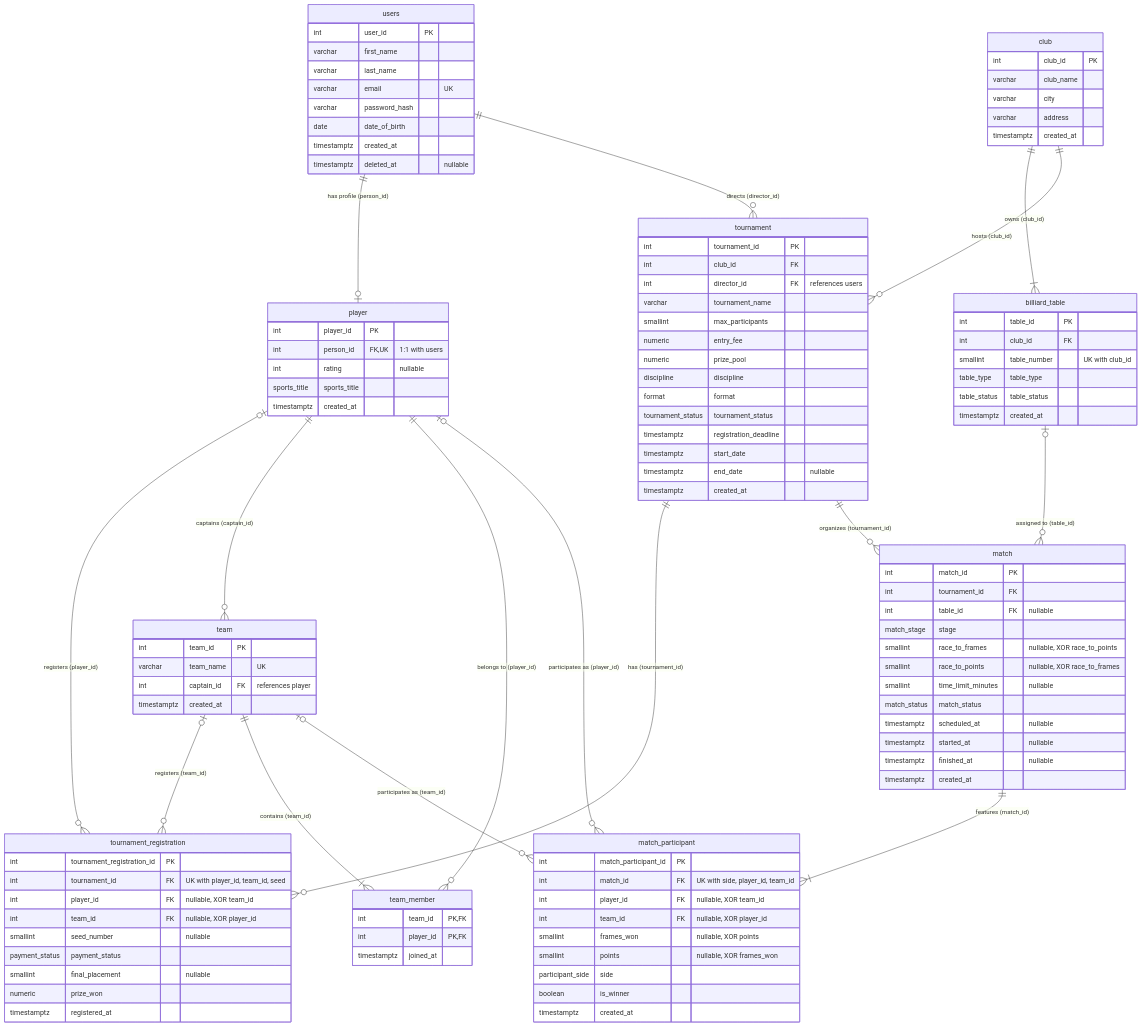
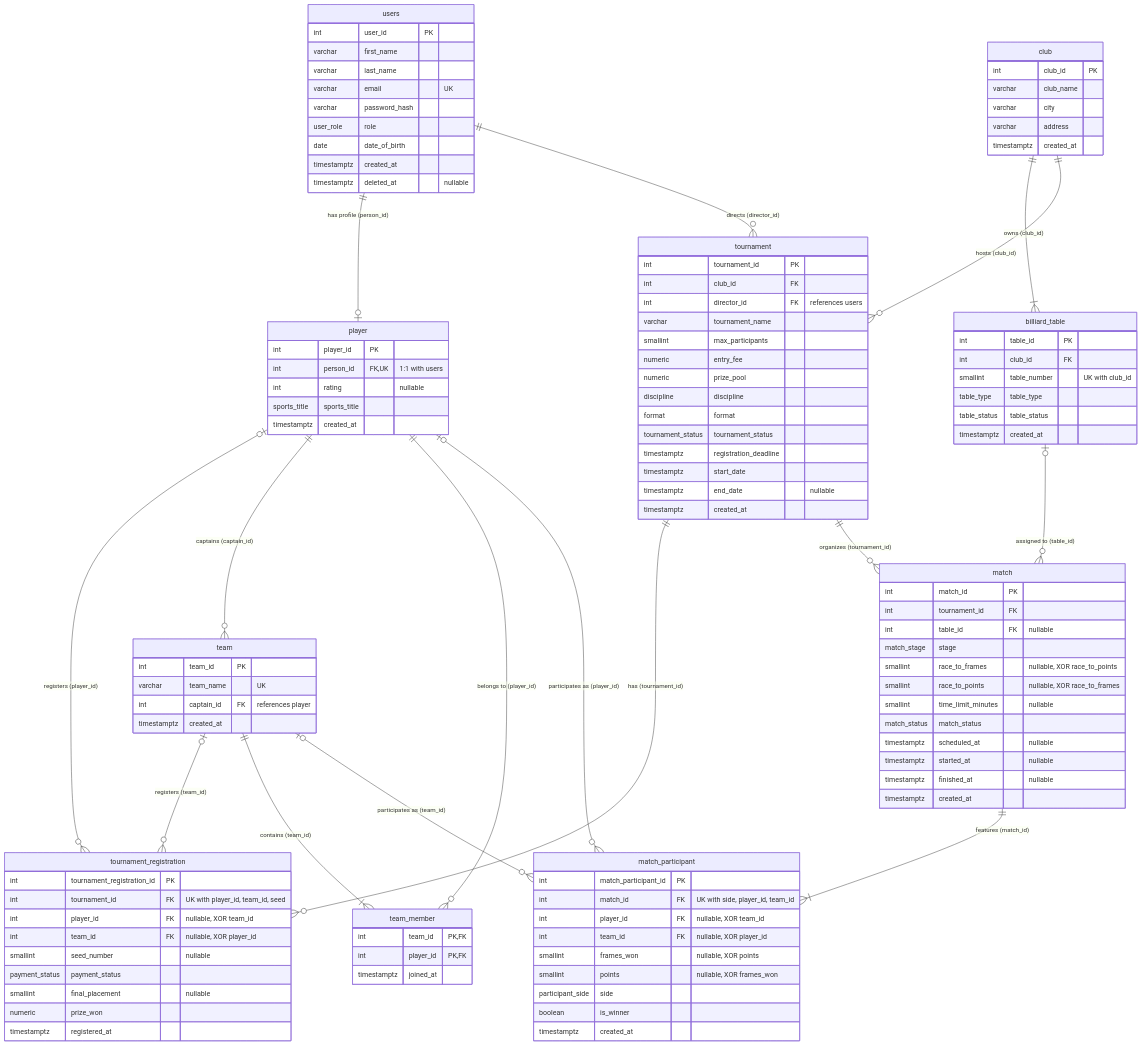
Before and after one commit to prSaveliy/kpi-2: the diagram in lab-01-er/model.mmd, drawn with Mermaid.

Commit message:
model: add role attribute to users in ER diagram

```diff
--- a/lab-01-er/model.mmd
+++ b/lab-01-er/model.mmd
@@ -1,121 +1,122 @@
 erDiagram
     users ||--o| player : "has profile (person_id)"
     users ||--o{ tournament : "directs (director_id)"
     club ||--|{ billiard_table : "owns (club_id)"
     club ||--o{ tournament : "hosts (club_id)"
     tournament ||--o{ tournament_registration : "has (tournament_id)"
     tournament ||--o{ match : "organizes (tournament_id)"
     billiard_table |o--o{ match : "assigned to (table_id)"
     player |o--o{ tournament_registration : "registers (player_id)"
     team |o--o{ tournament_registration : "registers (team_id)"
     player ||--o{ team : "captains (captain_id)"
     team ||--|{ team_member : "contains (team_id)"
     player ||--o{ team_member : "belongs to (player_id)"
     match ||--|{ match_participant : "features (match_id)"
     player |o--o{ match_participant : "participates as (player_id)"
     team |o--o{ match_participant : "participates as (team_id)"
 
     users {
         int user_id PK
         varchar first_name
         varchar last_name
         varchar email "UK"
         varchar password_hash
+        user_role role
         date date_of_birth
         timestamptz created_at
         timestamptz deleted_at "nullable"
     }
 
     player {
         int player_id PK
         int person_id FK,UK "1:1 with users"
         int rating "nullable"
         sports_title sports_title
         timestamptz created_at
     }
 
     club {
         int club_id PK
         varchar club_name
         varchar city
         varchar address
         timestamptz created_at
     }
 
     billiard_table {
         int table_id PK
         int club_id FK
         smallint table_number "UK with club_id"
         table_type table_type
         table_status table_status
         timestamptz created_at
     }
 
     team {
         int team_id PK
         varchar team_name "UK"
         int captain_id FK "references player"
         timestamptz created_at
     }
 
     team_member {
         int team_id PK,FK
         int player_id PK,FK
         timestamptz joined_at
     }
 
     tournament {
         int tournament_id PK
         int club_id FK
         int director_id FK "references users"
         varchar tournament_name
         smallint max_participants
         numeric entry_fee
         numeric prize_pool
         discipline discipline
         format format
         tournament_status tournament_status
         timestamptz registration_deadline
         timestamptz start_date
         timestamptz end_date "nullable"
         timestamptz created_at
     }
 
     tournament_registration {
         int tournament_registration_id PK
         int tournament_id FK "UK with player_id, team_id, seed"
         int player_id FK "nullable, XOR team_id"
         int team_id FK "nullable, XOR player_id"
         smallint seed_number "nullable"
         payment_status payment_status
         smallint final_placement "nullable"
         numeric prize_won
         timestamptz registered_at
     }
 
     match {
         int match_id PK
         int tournament_id FK
         int table_id FK "nullable"
         match_stage stage
         smallint race_to_frames "nullable, XOR race_to_points"
         smallint race_to_points "nullable, XOR race_to_frames"
         smallint time_limit_minutes "nullable"
         match_status match_status
         timestamptz scheduled_at "nullable"
         timestamptz started_at "nullable"
         timestamptz finished_at "nullable"
         timestamptz created_at
     }
 
     match_participant {
         int match_participant_id PK
         int match_id FK "UK with side, player_id, team_id"
         int player_id FK "nullable, XOR team_id"
         int team_id FK "nullable, XOR player_id"
         smallint frames_won "nullable, XOR points"
         smallint points "nullable, XOR frames_won"
         participant_side side
         boolean is_winner
         timestamptz created_at
     }
```
